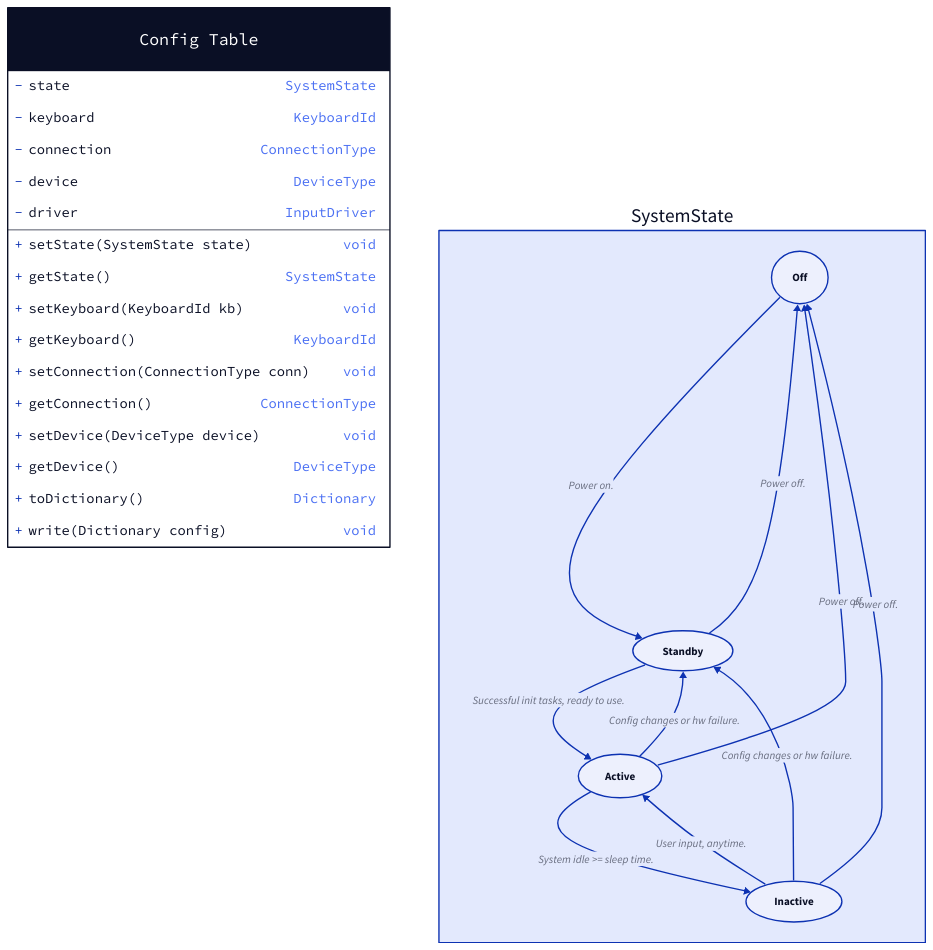
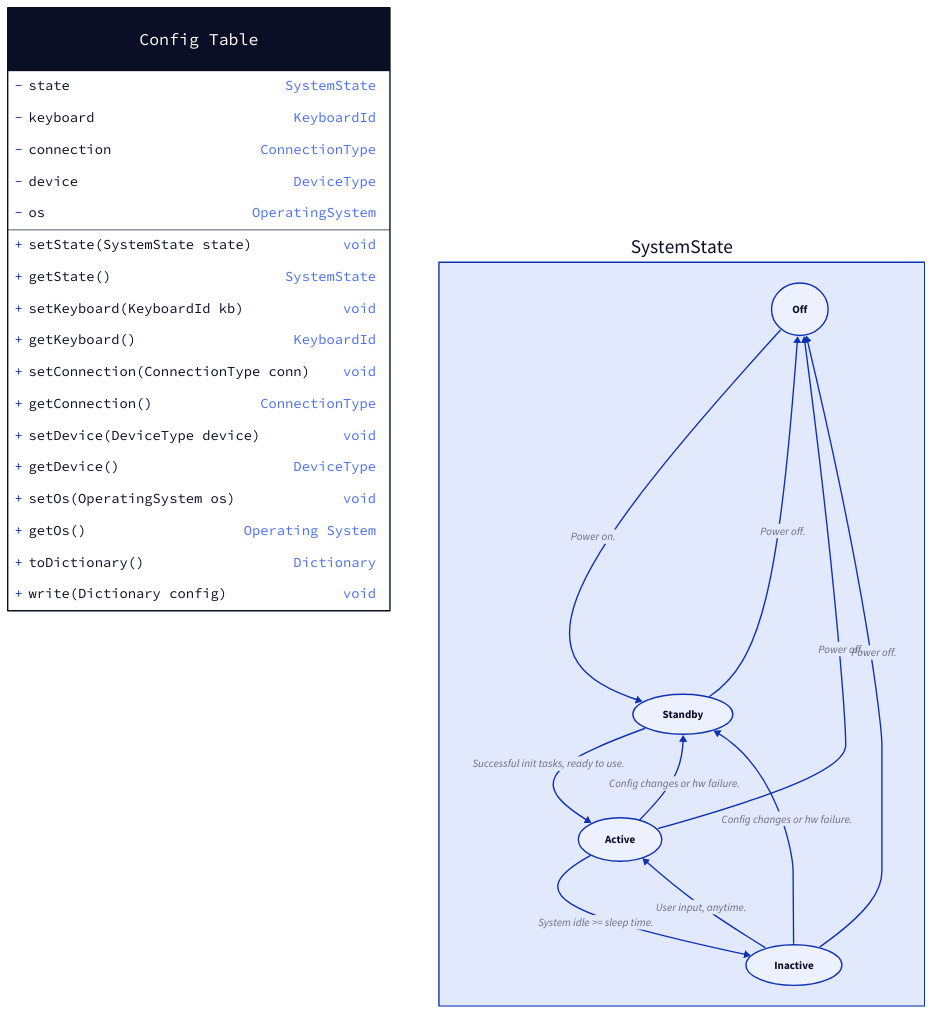
Before and after one commit to HelloWorldSeniorProject/AirKeys: the diagram in documentation/design/source/config_table.d2, drawn with D2. The commit also changed 11 other files, not shown here.

```diff
--- a/documentation/design/source/config_table.d2
+++ b/documentation/design/source/config_table.d2
@@ -1,48 +1,51 @@
 Config Table : {
     shape: class
 
     - state : "SystemState"
     - keyboard : "KeyboardId"
     - connection : "ConnectionType"
     - device : "DeviceType"
-    - driver: "InputDriver"
+    - os: "OperatingSystem"
 
     setState(SystemState state)
     getState() : "SystemState"
 
     setKeyboard(KeyboardId kb)
     getKeyboard() : "KeyboardId"
 
     setConnection(ConnectionType conn)
     getConnection() : "ConnectionType"
 
     setDevice(DeviceType device)
     getDevice() : "DeviceType"
+
+    setOs(OperatingSystem os)
+    getOs() : "Operating System"
 
     toDictionary() : Dictionary
     write(Dictionary config)
 }
 
 SystemState : {
 
     # State defs w/ shapes
     Off.shape : oval
     Standby.shape : oval
     Inactive.shape : oval
     Active.shape : oval
 
     Off -> Standby : Power on.
 
     Standby -> Off : Power off.
     Standby -> Active : Successful init tasks, ready to use.
 
 
     Inactive -> Off : Power off.
     Inactive -> Standby : Config changes or hw failure.
     Inactive -> Active : User input, anytime.
     
     Active -> Off : Power off.
     Active -> Standby : Config changes or hw failure.
     Active -> Inactive : System idle >= sleep time.
 
 }
```
